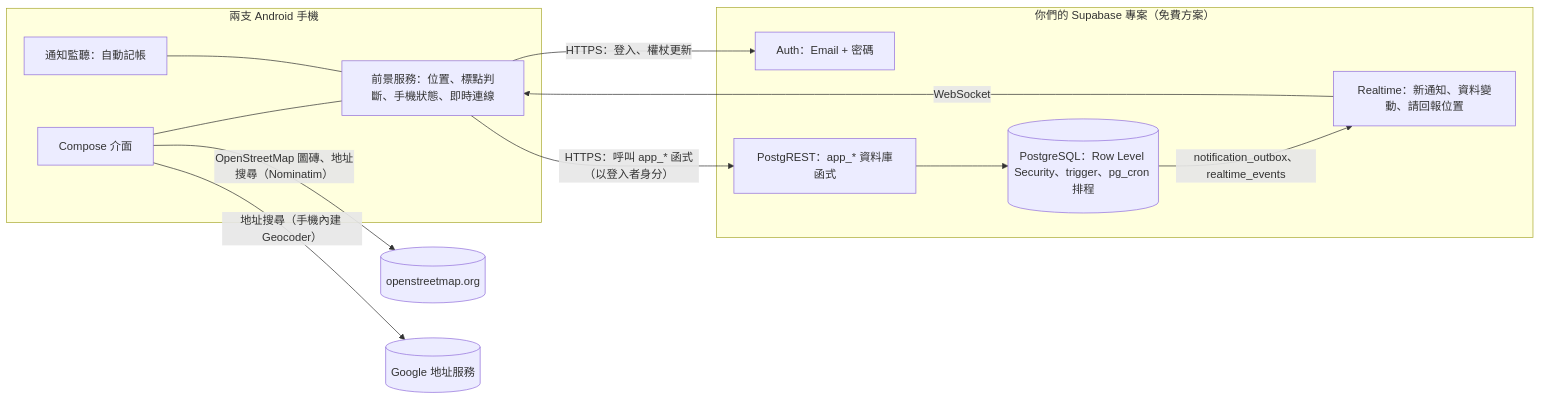
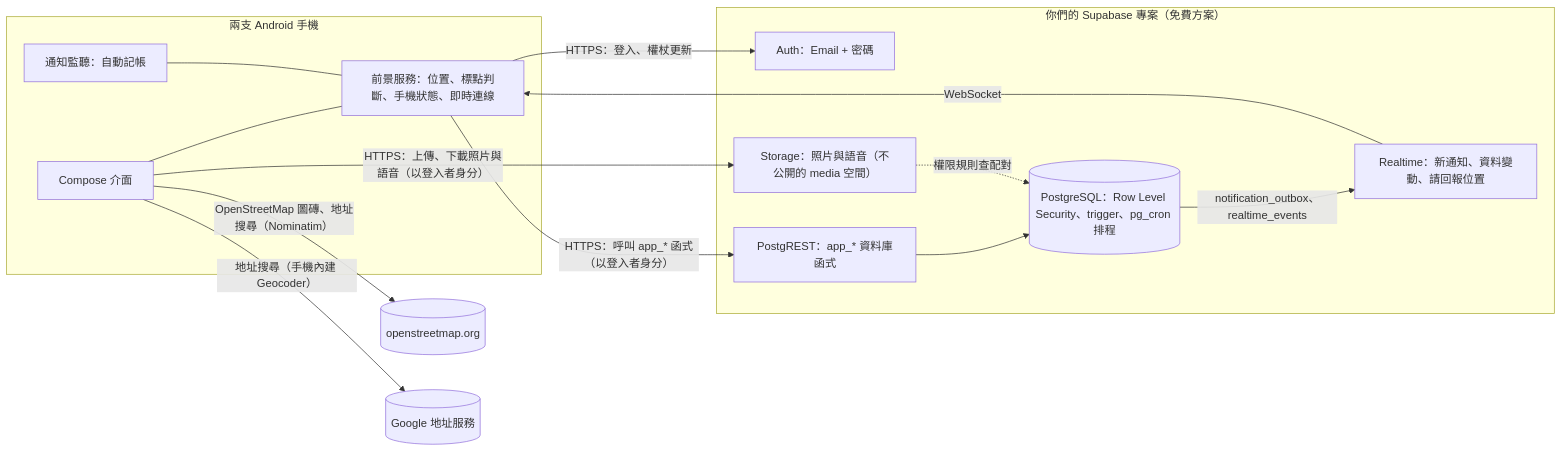
One commit to FalseEnd/Claude changed the diagram in docs/DESIGN.md. Above: the diagram before and after it, drawn with Mermaid. The commit also changed other lines of this file and 1 other file, not shown here.

````diff
--- a/docs/DESIGN.md
+++ b/docs/DESIGN.md
@@ -255,20 +266,23 @@
 ```mermaid
 flowchart LR
   subgraph Phones["兩支 Android 手機"]
     UI[Compose 介面] --- SVC[前景服務：位置、標點判斷、手機狀態、即時連線]
     NL[通知監聽：自動記帳] --- SVC
   end
   subgraph SB["你們的 Supabase 專案（免費方案）"]
     AUTH[Auth：Email + 密碼]
     API[PostgREST：app_* 資料庫函式]
     DB[(PostgreSQL：Row Level Security、trigger、pg_cron 排程)]
     RT[Realtime：新通知、資料變動、請回報位置]
+    STO[Storage：照片與語音（不公開的 media 空間）]
   end
   SVC -- HTTPS：登入、權杖更新 --> AUTH
   SVC -- HTTPS：呼叫 app_* 函式（以登入者身分） --> API
   API --> DB
   DB -- notification_outbox、realtime_events --> RT
   RT -- WebSocket --> SVC
+  UI -- HTTPS：上傳、下載照片與語音（以登入者身分） --> STO
+  STO -. 權限規則查配對 .-> DB
   UI -- OpenStreetMap 圖磚、地址搜尋（Nominatim） --> OSM[(openstreetmap.org)]
   UI -- 地址搜尋（手機內建 Geocoder） --> GEO[(Google 地址服務)]
 ```
````
